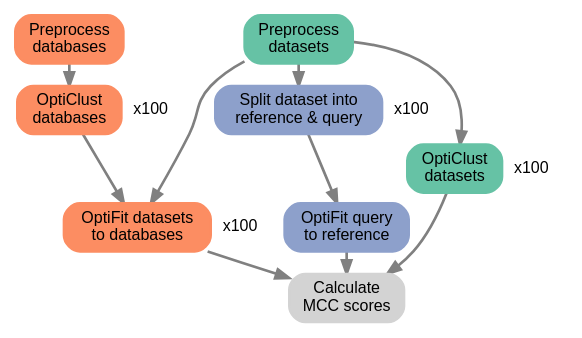
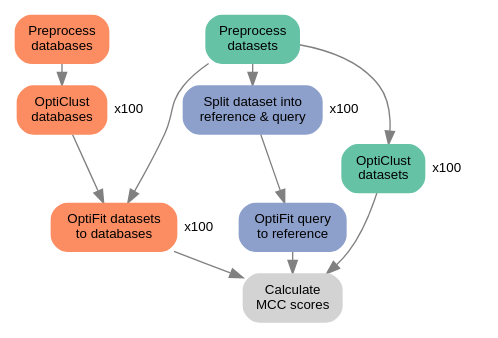
The diagram in figures/workflow.gv (SchlossLab/Sovacool_OptiFit_mSphere_2022), drawn with Graphviz before and after one commit. The commit also changed 6 other files, not shown here.

Commit message:
Tweak workflow fig

```diff
--- a/figures/workflow.gv
+++ b/figures/workflow.gv
@@ -1,41 +1,41 @@
 # RColorBrewer::brewer.pal(n=4, name='Set2')
 digraph snakemake_dag {
-    graph[bgcolor=white, nodesep=0.1, ranksep=0.1, outputorder=edgesfirst]
+    graph[bgcolor=white, nodesep=0.05, ranksep=0.05, outputorder=edgesfirst]
     node[shape=box, style="rounded,filled",
-         fontname=helvetica, fontsize=12, penwidth=2];
-    edge[penwidth=2, color=grey,
-         fontname=helvetica, fontsize=12];
+         fontname=helvetica, fontsize=10, penwidth=1];
+    edge[penwidth=1, color=grey,
+         fontname=helvetica, fontsize=10];
 
   node[color="#66C2A5"]
 	1[label="Preprocess\ndatasets"];
 	2[label="OptiClust\ndatasets"];
 
   node[color="#FC8D62"]
 	11[label="Preprocess\ndatabases"];
 	12[label="OptiClust\ndatabases"];
 	13[label="OptiFit datasets\nto databases"];
 
   node[color="#8DA0CB"]
 	20[label="Split dataset into\nreference & query"];
 	21[label="OptiFit query\nto reference"];
 
   node[color="lightgray"]
 	30[label="Calculate\nMCC scores"];
 
 	1 -> 2
 	2 -> 30
 
 	11 -> 12 -> 13
 	1 -> 13
 	13 -> 30
 
 	20 -> 21
 	1 -> 20
 	21 -> 30
-	
+
 	edge[label="x100", color="white", arrowhead=none]
 	2 -> 2
 	12 -> 12
 	13 -> 13
 	20 -> 20
 }
```
